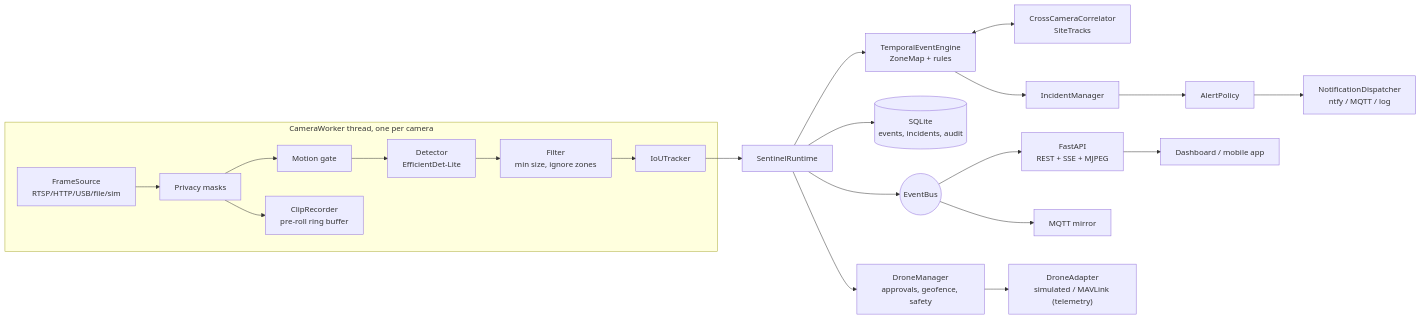
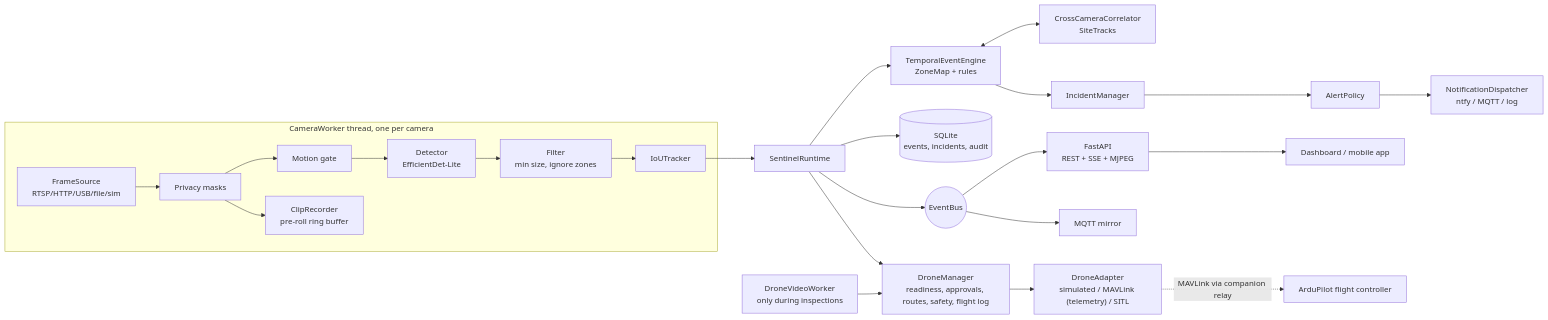
Before and after one commit to Pinderr1/Camera: the diagram in docs/architecture.md, drawn with Mermaid. The commit also changed other lines of this file and 42 other files, not shown here.

First line of the commit message:
Add drone V1: ArduPilot SITL integration, companion, inspections, evidence

````diff
--- a/docs/architecture.md
+++ b/docs/architecture.md
@@ -5,16 +5,18 @@
 ```mermaid
 flowchart LR
   subgraph per camera [CameraWorker thread, one per camera]
     src["FrameSource\nRTSP/HTTP/USB/file/sim"] --> mask["Privacy masks"] --> gate["Motion gate"] --> det["Detector\nEfficientDet-Lite"] --> filt["Filter\nmin size, ignore zones"] --> trk["IoUTracker"]
     mask --> rec["ClipRecorder\npre-roll ring buffer"]
   end
   trk --> rt["SentinelRuntime"]
   rt --> eng["TemporalEventEngine\nZoneMap + rules"]
   eng <--> cor["CrossCameraCorrelator\nSiteTracks"]
   eng --> inc["IncidentManager"] --> pol["AlertPolicy"] --> disp["NotificationDispatcher\nntfy / MQTT / log"]
   rt --> store[("SQLite\nevents, incidents, audit")]
   rt --> bus(("EventBus"))
   bus --> api["FastAPI\nREST + SSE + MJPEG"] --> dash["Dashboard / mobile app"]
   bus --> mqtt["MQTT mirror"]
-  rt --> drone["DroneManager\napprovals, geofence, safety"] --> adapter["DroneAdapter\nsimulated / MAVLink (telemetry)"]
+  rt --> drone["DroneManager\nreadiness, approvals, routes, safety, flight log"] --> adapter["DroneAdapter\nsimulated / MAVLink (telemetry) / SITL"]
+  adapter -. "MAVLink via companion relay" .-> fc["ArduPilot flight controller"]
+  dvideo["DroneVideoWorker\nonly during inspections"] --> drone
 ```
````
